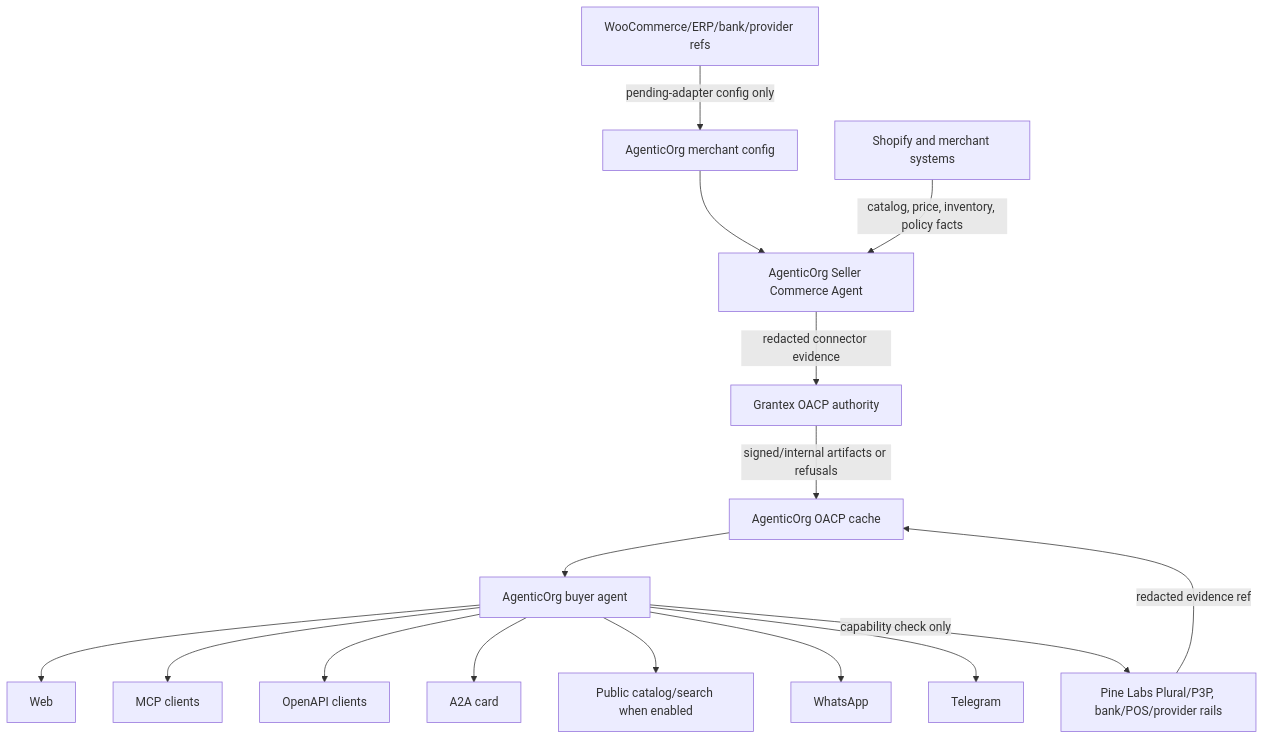
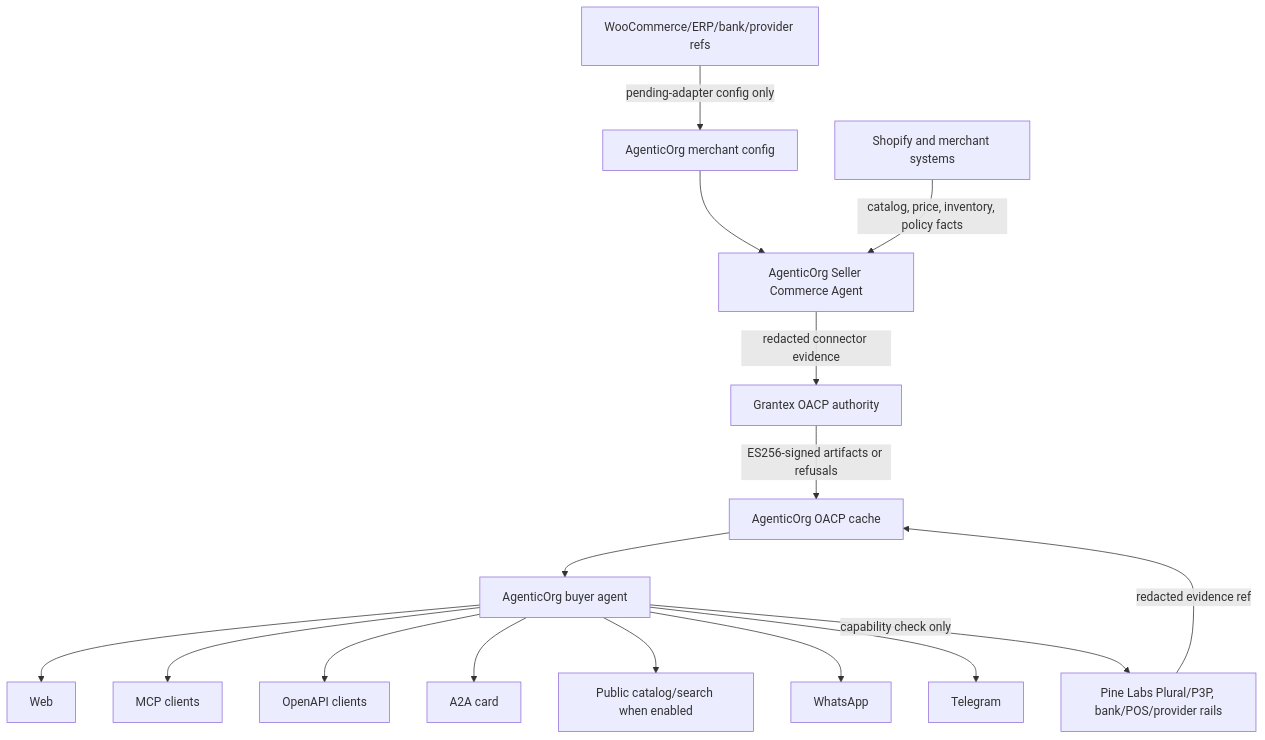
Before and after one commit to mishrasanjeev/grantex: the first of 2 diagrams in docs/guides/oacp/architecture.mdx, drawn with Mermaid. The commit also changed 33 other files, not shown here.

Commit message:
feat(oacp): ES256-signed, DB-keyed, persisted and revocable OACP artifacts (G1-G4)

````diff
--- a/docs/guides/oacp/architecture.mdx
+++ b/docs/guides/oacp/architecture.mdx
@@ -11,18 +11,18 @@
 ```mermaid
 flowchart TD
   config[AgenticOrg merchant config] --> agenticSeller[AgenticOrg Seller Commerce Agent]
   shopify[Shopify and merchant systems] -->|catalog, price, inventory, policy facts| agenticSeller
   future[WooCommerce/ERP/bank/provider refs] -->|pending-adapter config only| config
   agenticSeller -->|redacted connector evidence| grantex[Grantex OACP authority]
-  grantex -->|signed/internal artifacts or refusals| cache[AgenticOrg OACP cache]
+  grantex -->|ES256-signed artifacts or refusals| cache[AgenticOrg OACP cache]
   cache --> buyerAgent[AgenticOrg buyer agent]
   buyerAgent --> web[Web]
   buyerAgent --> mcp[MCP clients]
   buyerAgent --> openapi[OpenAPI clients]
   buyerAgent --> a2a[A2A card]
   buyerAgent --> search[Public catalog/search when enabled]
   buyerAgent --> wa[WhatsApp]
   buyerAgent --> tg[Telegram]
   buyerAgent -->|capability check only| provider[Pine Labs Plural/P3P, bank/POS/provider rails]
   provider -->|redacted evidence ref| cache
 ```
````
